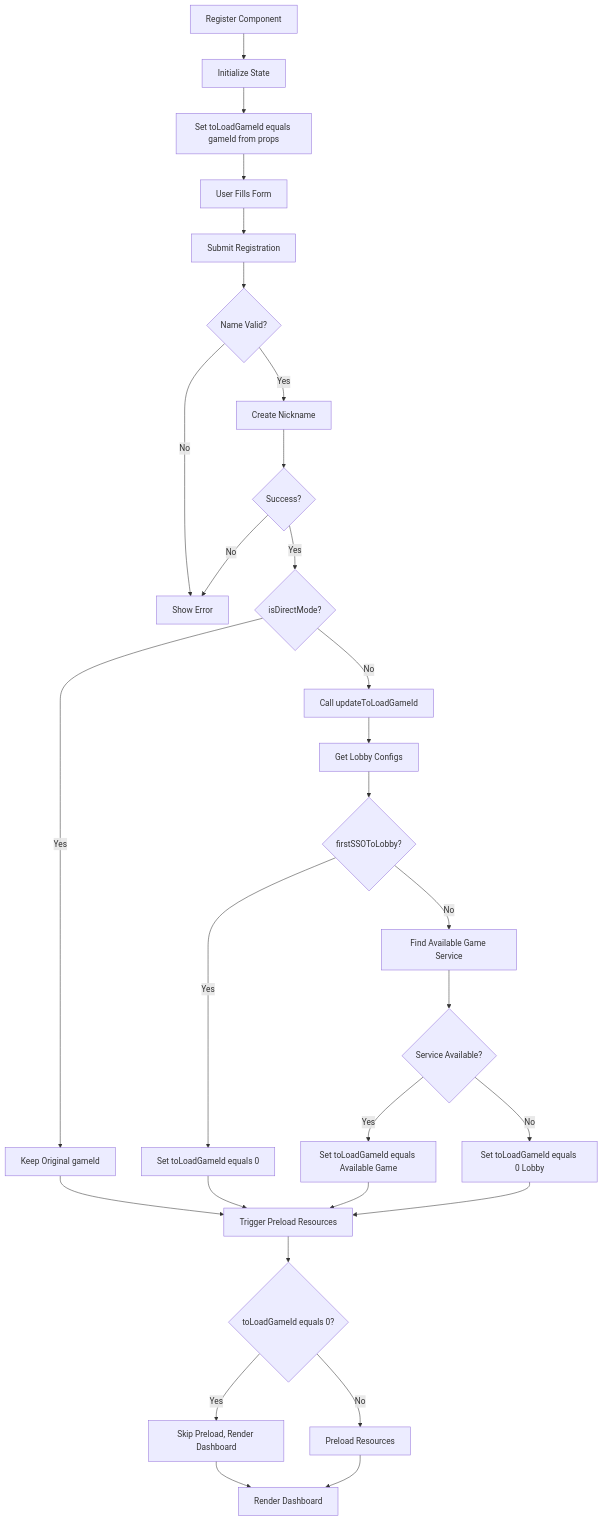
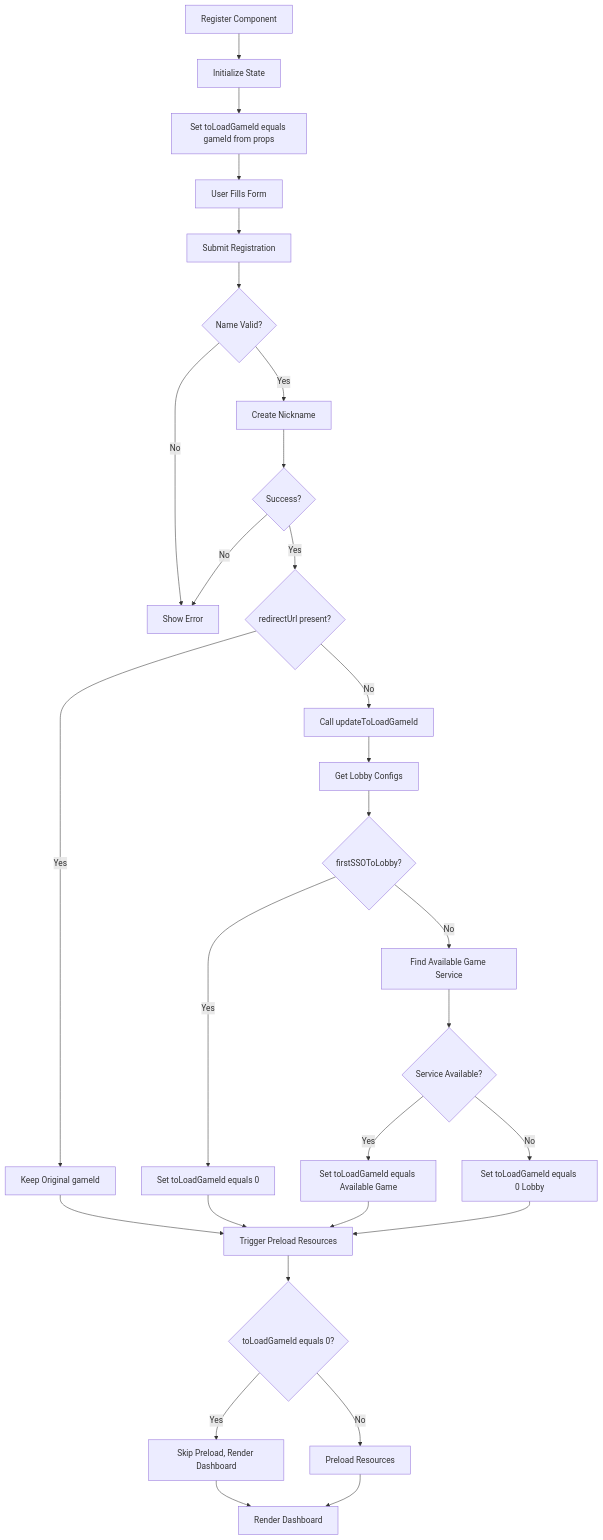
One commit to starixvn/l1_game-clients_original-games-client_original-games-client-html changed the third of 13 diagrams in docs/URL_Context_Flow_Diagrams.md. Above: the diagram before and after it, drawn with Mermaid. The commit also changed other lines of this file and 32 other files, not shown here.

Commit message:
feat: now direct mode is the default mode so remove this term

````diff
--- a/docs/URL_Context_Flow_Diagrams.md
+++ b/docs/URL_Context_Flow_Diagrams.md
@@ -126,38 +121,38 @@
 ```mermaid
 flowchart TD
     A3[Register Component] --> B3[Initialize State]
     B3 --> C3[Set toLoadGameId equals gameId from props]
     C3 --> D3[User Fills Form]
     D3 --> E3[Submit Registration]
     E3 --> F3{Name Valid?}
     F3 -->|No| G3[Show Error]
     F3 -->|Yes| H3[Create Nickname]
 
     H3 --> I3{Success?}
     I3 -->|No| G3
-    I3 -->|Yes| J3{isDirectMode?}
+    I3 -->|Yes| J3{redirectUrl present?}
 
     J3 -->|Yes| K3[Keep Original gameId]
     J3 -->|No| L3[Call updateToLoadGameId]
 
     L3 --> M3[Get Lobby Configs]
     M3 --> N3{firstSSOToLobby?}
     N3 -->|Yes| O3[Set toLoadGameId equals 0]
     N3 -->|No| P3[Find Available Game Service]
 
     P3 --> Q3{Service Available?}
     Q3 -->|Yes| R3[Set toLoadGameId equals Available Game]
     Q3 -->|No| S3[Set toLoadGameId equals 0 Lobby]
 
     K3 --> T3[Trigger Preload Resources]
     O3 --> T3
     R3 --> T3
     S3 --> T3
 
     T3 --> U3{toLoadGameId equals 0?}
     U3 -->|Yes| V3[Skip Preload, Render Dashboard]
     U3 -->|No| W3[Preload Resources]
 
     V3 --> X3[Render Dashboard]
     W3 --> X3
 ```
````
